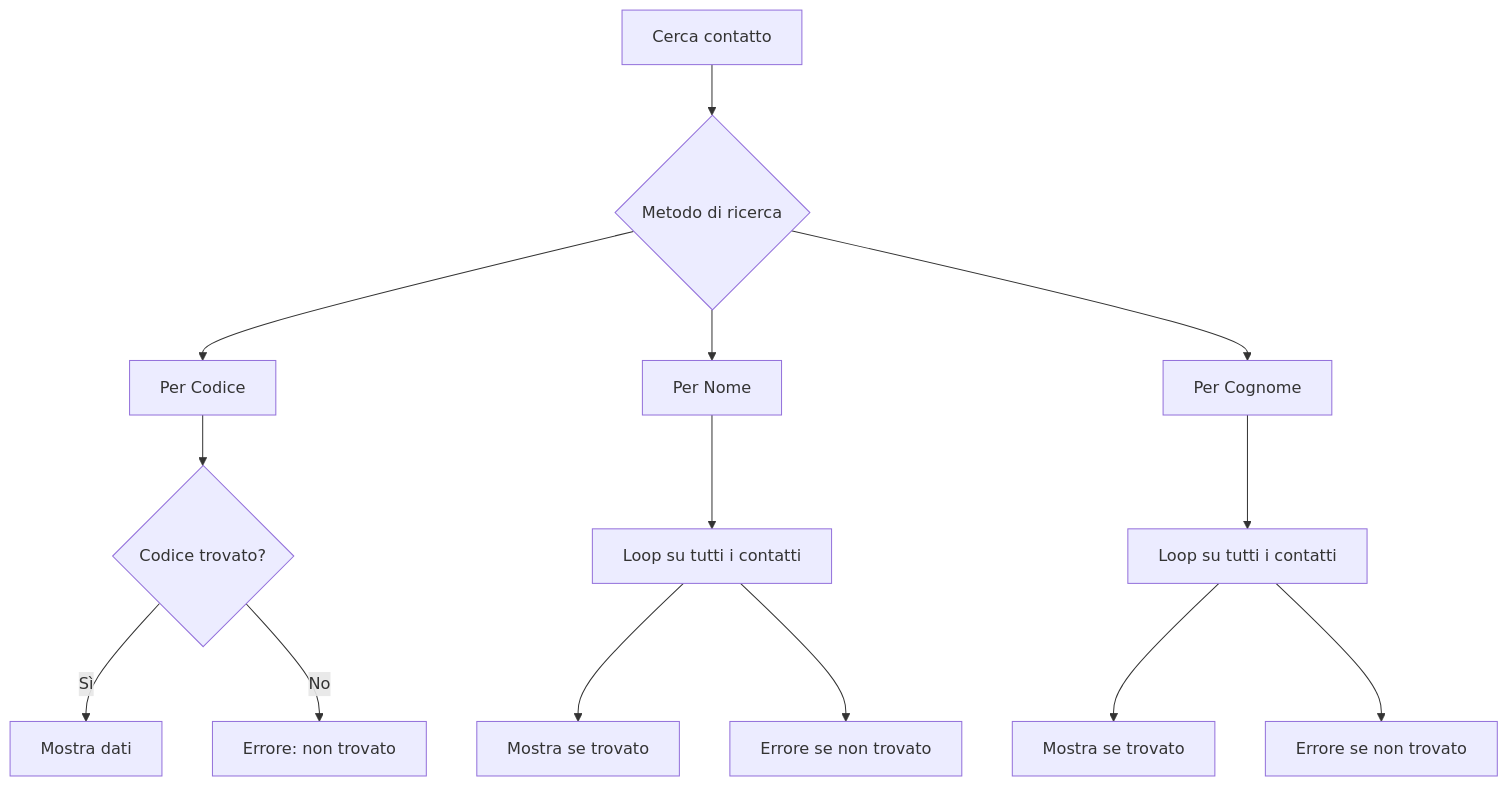
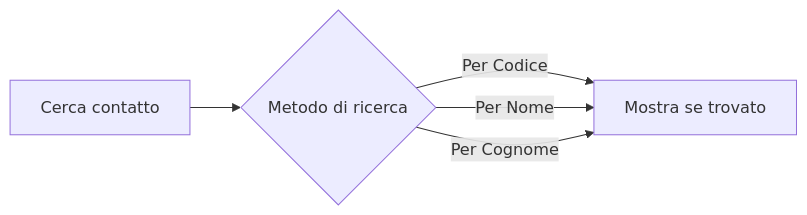
The sixth of 8 diagrams in README.md (FabriceGhislain7/rubrica_telefonica), drawn with Mermaid before and after one commit. The commit also changed other lines of this file and 2 other files, not shown here.

Commit message:
Aggiornamento della parte cerca contatto del file md.

````diff
--- a/README.md
+++ b/README.md
@@ -165,19 +180,7 @@
 ```mermaid
-flowchart TD
-    A[Cerca contatto] --> B{Metodo di ricerca}
-    B --> C1[Per Codice]
-    B --> C2[Per Nome]
-    B --> C3[Per Cognome]
-    
-    C1 --> D1{Codice trovato?}
-    D1 -- Sì --> E1[Mostra dati]
-    D1 -- No --> F1[Errore: non trovato]
-
-    C2 --> D2[Loop su tutti i contatti]
-    D2 --> E2[Mostra se trovato]
-    D2 --> F2[Errore se non trovato]
-
-    C3 --> D3[Loop su tutti i contatti]
-    D3 --> E3[Mostra se trovato]
-    D3 --> F3[Errore se non trovato]
+flowchart LR
+    A[Cerca contatto] --> B{Metodo di ricerca} 
+    B --Per Codice --> D1[Mostra se trovato]
+    B --Per Nome --> D1
+    B --Per Cognome --> D1 
 ```
````
